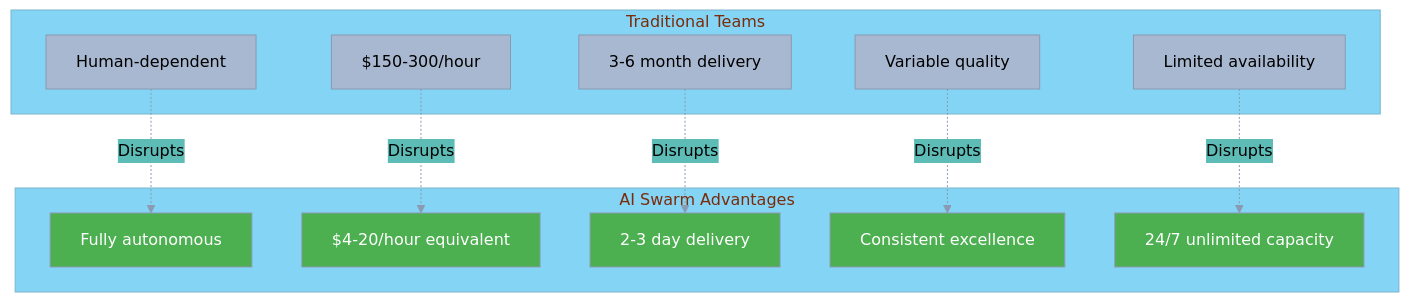
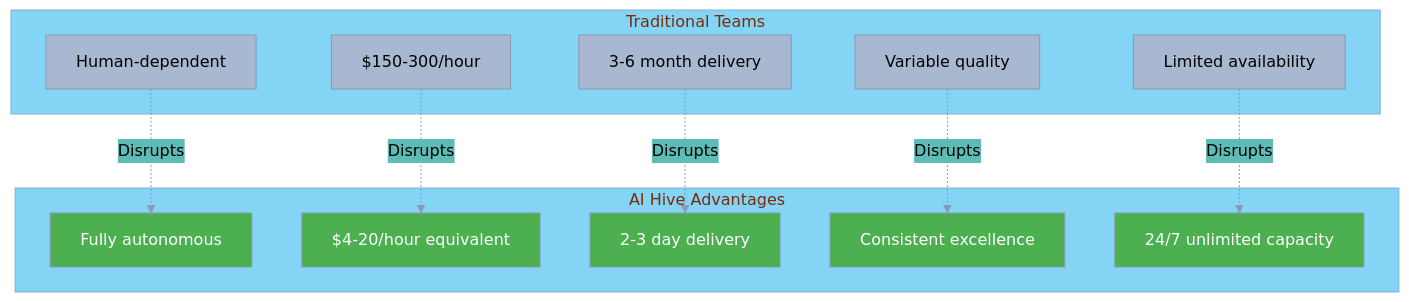
One commit to o2alexanderfedin/AI-Hive-Business-Docs changed the first of 9 diagrams in business-documents/competitive-positioning/03-differentiation-strategy.md. Above: the diagram before and after it, drawn with Mermaid. The commit also changed other lines of this file and 22 other files, not shown here.

First line of the commit message:
Replace all references from 'AI Swarm' to 'AI Hive' across project

````diff
--- a/business-documents/competitive-positioning/03-differentiation-strategy.md
+++ b/business-documents/competitive-positioning/03-differentiation-strategy.md
@@ -25,42 +25,42 @@
 ```mermaid
 %%{init: {
   'theme': 'base',
   'themeVariables': {
     'primaryColor': '#A8B8D0',
     'primaryTextColor': '#000000',
     'primaryBorderColor': '#8A9AB2',
     'lineColor': '#8A9AB2',
     'secondaryColor': '#5DBCB6',
     'tertiaryColor': '#84D4F5',
     'background': '#F5F5F5'
   }
 }}%%
 graph TD
     subgraph "Traditional Teams"
         T1[Human-dependent]
         T2[$150-300/hour]
         T3[3-6 month delivery]
         T4[Variable quality]
         T5[Limited availability]
     end
 
-    subgraph "AI Swarm Advantages"
+    subgraph "AI Hive Advantages"
         A1[Fully autonomous]
         A2[$4-20/hour equivalent]
         A3[2-3 day delivery]
         A4[Consistent excellence]
         A5[24/7 unlimited capacity]
     end
 
     T1 -.->|Disrupts| A1
     T2 -.->|Disrupts| A2
     T3 -.->|Disrupts| A3
     T4 -.->|Disrupts| A4
     T5 -.->|Disrupts| A5
 
     style A1 fill:#4CAF50,color:#fff
     style A2 fill:#4CAF50,color:#fff
     style A3 fill:#4CAF50,color:#fff
     style A4 fill:#4CAF50,color:#fff
     style A5 fill:#4CAF50,color:#fff
 ```
````
